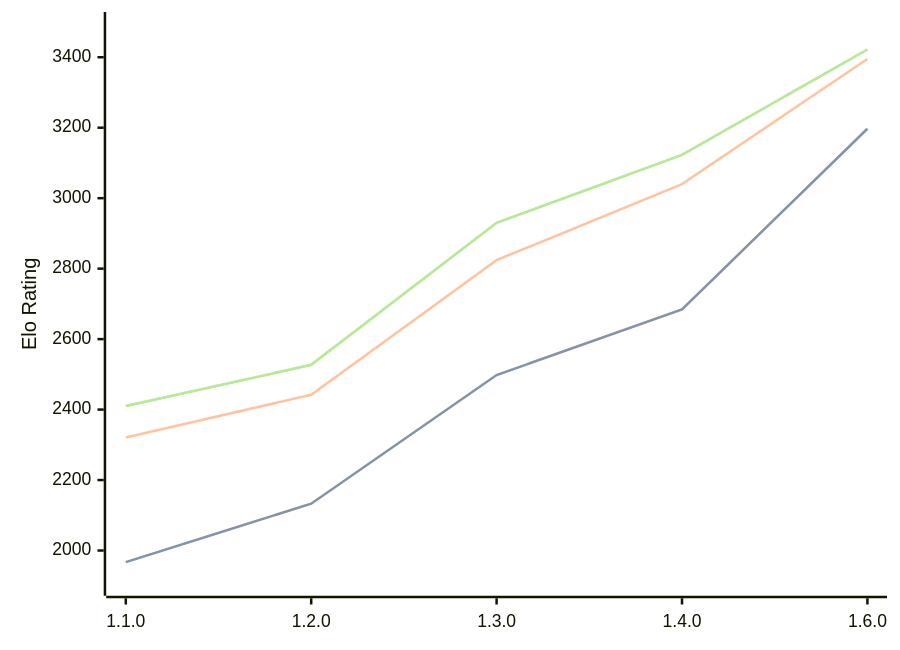
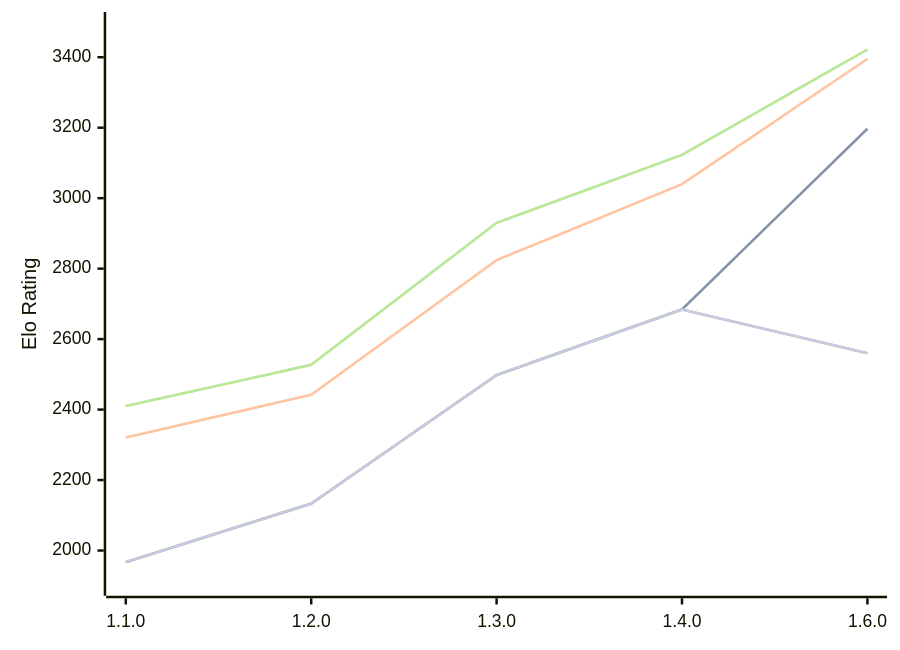
The diagram in engines/Gyatso.md (computer-chess-index/cci), drawn with Mermaid before and after one commit. The commit also changed other lines of this file, not shown here.

Commit message:
Update CCI Ratings (ELO VLTC) - 2026-10-11

````diff
--- a/engines/Gyatso.md
+++ b/engines/Gyatso.md
@@ -51,16 +51,13 @@
 ```mermaid
 %%{init: {"theme":"base","themeVariables":{"seriesColors:['#a3a3a3','#222221','#faa371']}}}%%
 xychart-beta
   x-axis ["1.1.0", "1.2.0", "1.3.0", "1.4.0", "1.6.0"]
   y-axis "Elo Rating" 1900 --> 3500
   line "" [1967, 2133, 2498, 2684, 3197]
   line "T1: STC (8.0+0.08s)" [1967, 2133, 2498, 2684, 3197]
   line "T1: LTC (60.0+0.60s)" [2321, 2442, 2824, 3040, 3395]
   line "" [2410, 2527, 2930, 3123, 3422]
   line "T1: VLTC (2m24s+1.12s)" [2410, 2527, 2930, 3123, 3422]
-  line "" [2547]
-  line "E1: STC (8.0+0.08s)" [2547]
-  line "E1: LTC (60.0+0.60s)" [2905]
-  line "" [3038]
-  line "E1: VLTC (2m24s+1.12s)" [3038]
+  line "" [1967, 2133, 2498, 2684,2560]
+  line "E1: STC (8.0+0.08s)" [1967, 2133, 2498, 2684,2560]
 ```
````
